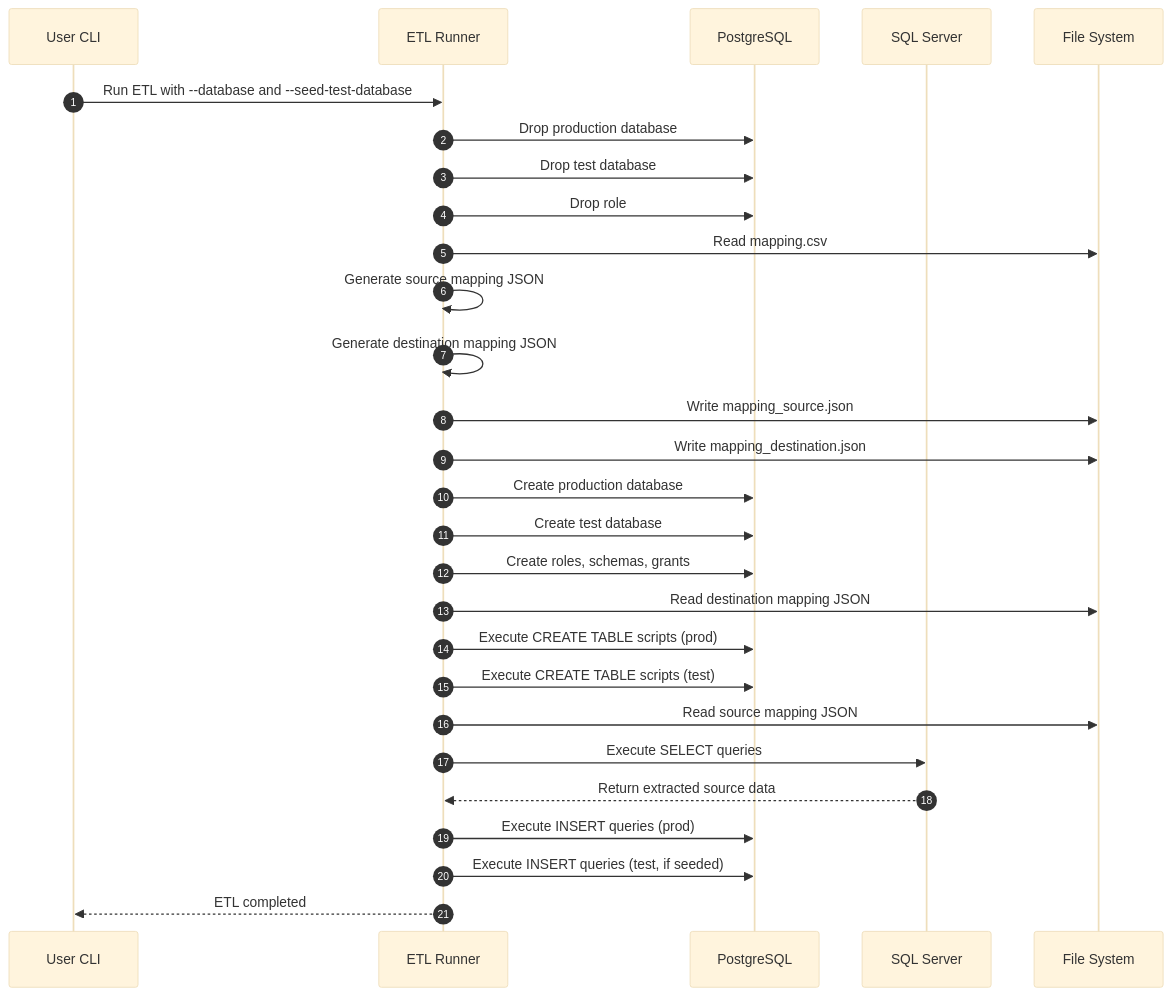
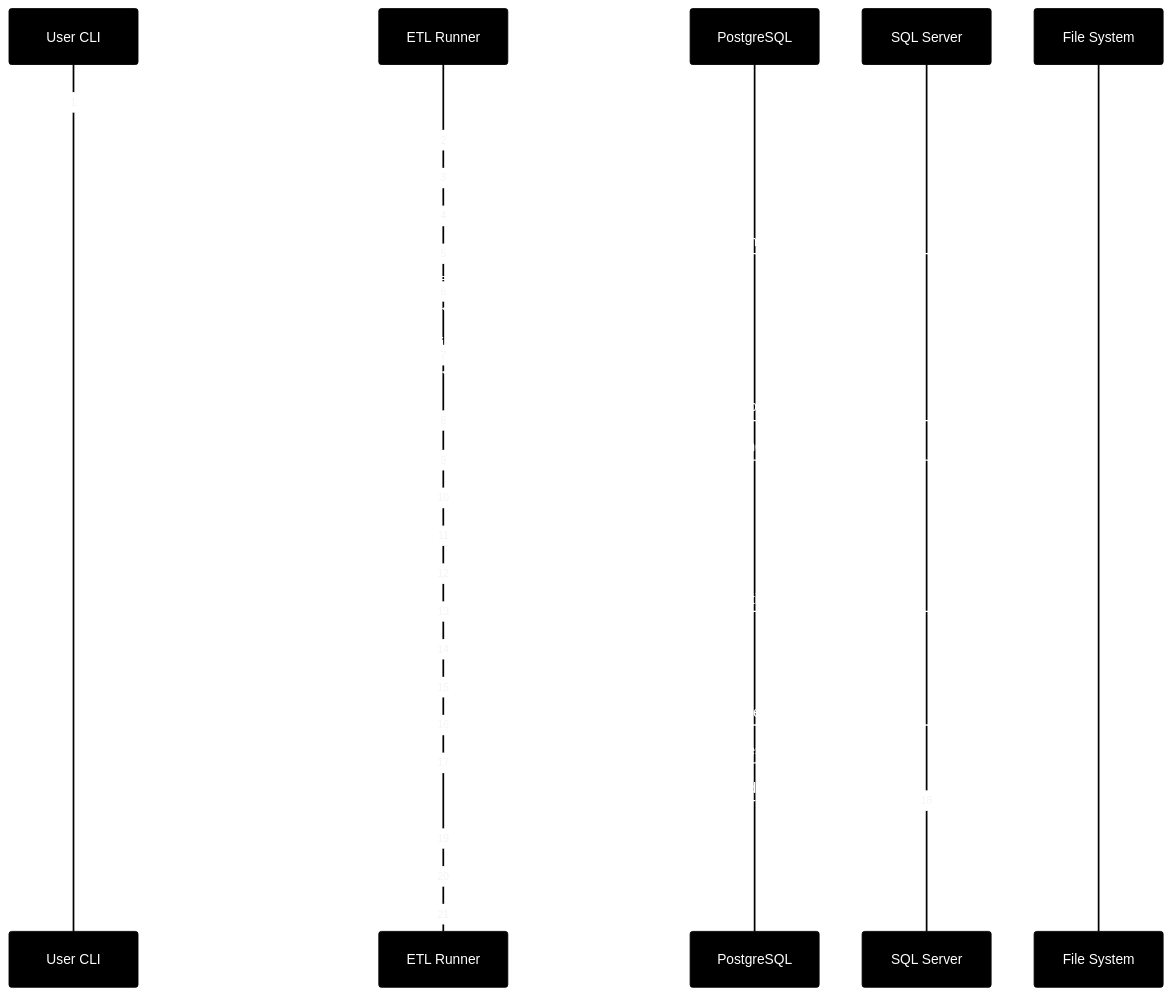
One commit to kimberly-emerson/python-etl-sql-postgres changed the diagram in README.md. Above: the diagram before and after it, drawn with Mermaid.

````diff
--- a/README.md
+++ b/README.md
@@ -10,45 +10,45 @@
 ```mermaid
 ---
   config:
     theme: base
     themeVariables:
-      background: "#fff"
+      primaryColor: "#000"
+      primaryTextColor: "#fff"
       fontColor: "#000"
 ---
 sequenceDiagram
     autonumber
     participant CLI as User CLI
     participant ETL as ETL Runner
     participant PG as PostgreSQL
     participant SQL as SQL Server
     participant FS as File System
 
     CLI->>ETL: Run ETL with --database and --seed-test-database
     ETL->>PG: Drop production database
     ETL->>PG: Drop test database
     ETL->>PG: Drop role
 
     ETL->>FS: Read mapping.csv
     ETL->>ETL: Generate source mapping JSON
     ETL->>ETL: Generate destination mapping JSON
     ETL->>FS: Write mapping_source.json
     ETL->>FS: Write mapping_destination.json
 
     ETL->>PG: Create production database
     ETL->>PG: Create test database
     ETL->>PG: Create roles, schemas, grants
 
     ETL->>FS: Read destination mapping JSON
     ETL->>PG: Execute CREATE TABLE scripts (prod)
     ETL->>PG: Execute CREATE TABLE scripts (test)
 
     ETL->>FS: Read source mapping JSON
     ETL->>SQL: Execute SELECT queries
     SQL-->>ETL: Return extracted source data
 
     ETL->>PG: Execute INSERT queries (prod)
     ETL->>PG: Execute INSERT queries (test, if seeded)
 
     ETL-->>CLI: ETL completed
-    
 ```
````
